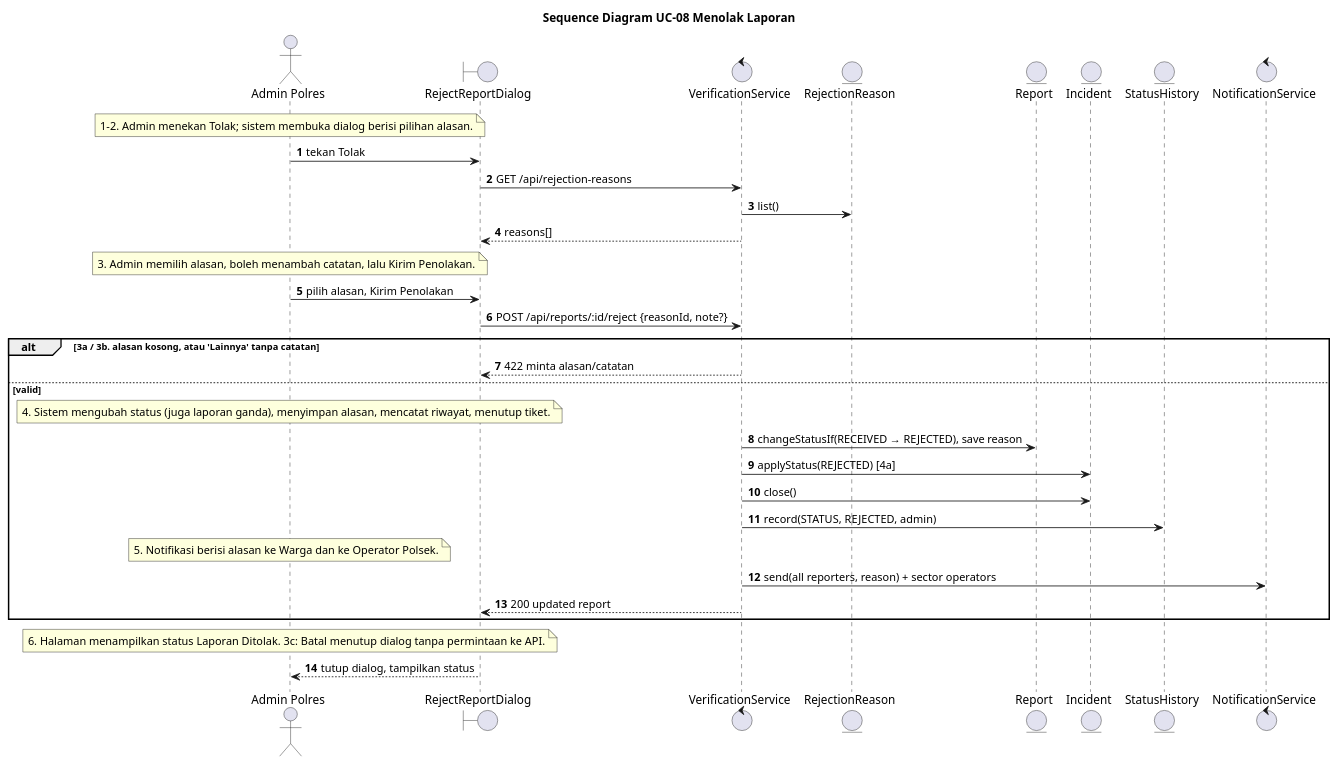
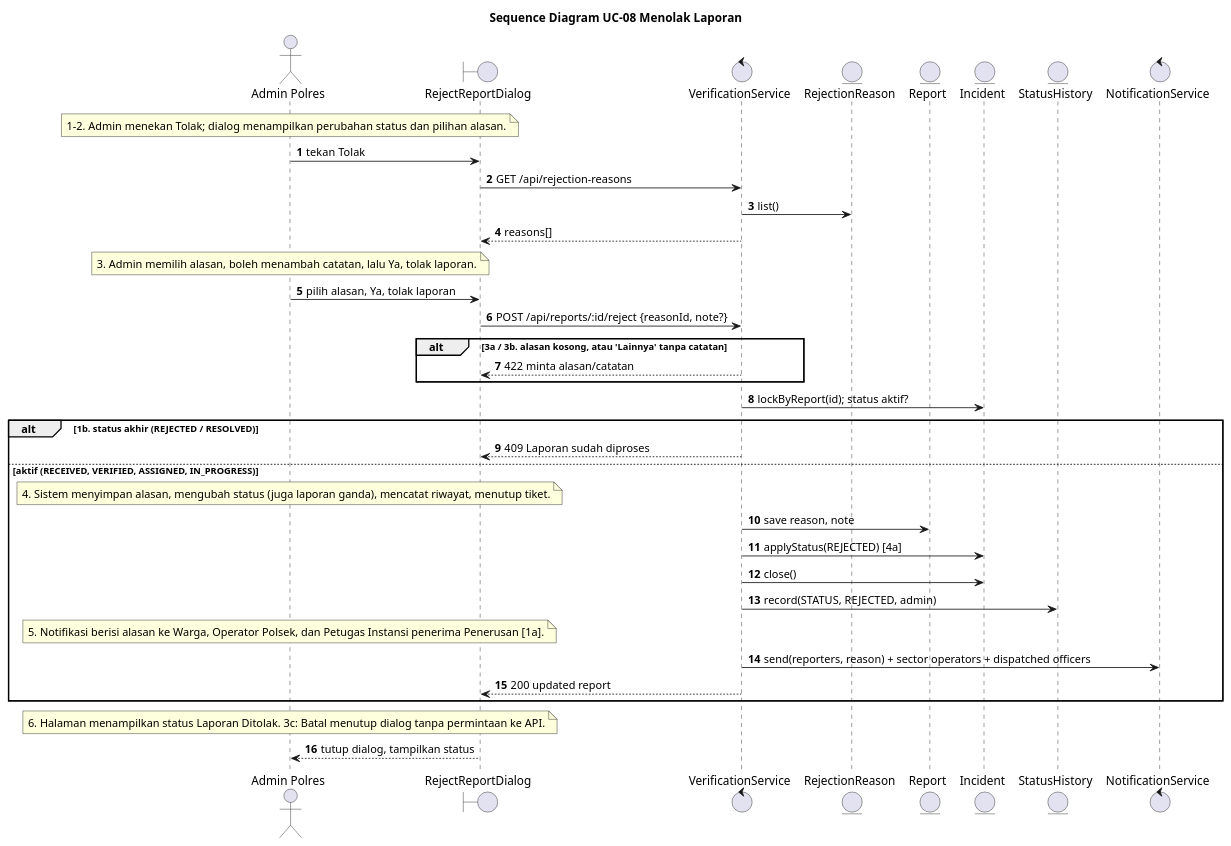
One commit to wirapatigilang/laporapi-api-web changed the diagram in specs/006-uc08-reject-report/iconix/uc08-sequence.puml. Above: the diagram before and after it, drawn with PlantUML. The commit also changed 11 other files, not shown here.

First line of the commit message:
Perbarui diagram robustness dan sequence UC-08 dan UC-12 sesuai masukan dosen

```diff
--- a/specs/006-uc08-reject-report/iconix/uc08-sequence.puml
+++ b/specs/006-uc08-reject-report/iconix/uc08-sequence.puml
@@ -1,34 +1,38 @@
 @startuml
 title Sequence Diagram UC-08 Menolak Laporan
 autonumber
 actor "Admin Polres" as adm
 boundary "RejectReportDialog" as dlg
 control "VerificationService" as ver
 entity "RejectionReason" as als
 entity "Report" as lpr
 entity "Incident" as kjd
 entity "StatusHistory" as rws
 control "NotificationService" as ntf
-note over adm : 1–2. Admin menekan Tolak; sistem membuka dialog berisi pilihan alasan.
+note over adm : 1–2. Admin menekan Tolak; dialog menampilkan perubahan status dan pilihan alasan.
 adm -> dlg : tekan Tolak
 dlg -> ver : GET /api/rejection-reasons
 ver -> als : list()
 ver --> dlg : reasons[]
-note over adm : 3. Admin memilih alasan, boleh menambah catatan, lalu Kirim Penolakan.
-adm -> dlg : pilih alasan, Kirim Penolakan
+note over adm : 3. Admin memilih alasan, boleh menambah catatan, lalu Ya, tolak laporan.
+adm -> dlg : pilih alasan, Ya, tolak laporan
 dlg -> ver : POST /api/reports/:id/reject {reasonId, note?}
 alt 3a / 3b. alasan kosong, atau 'Lainnya' tanpa catatan
 ver --> dlg : 422 minta alasan/catatan
-else valid
-note over adm : 4. Sistem mengubah status (juga laporan ganda), menyimpan alasan, mencatat riwayat, menutup tiket.
-ver -> lpr : changeStatusIf(RECEIVED → REJECTED), save reason
+end
+ver -> kjd : lockByReport(id); status aktif?
+alt 1b. status akhir (REJECTED / RESOLVED)
+ver --> dlg : 409 Laporan sudah diproses
+else aktif (RECEIVED, VERIFIED, ASSIGNED, IN_PROGRESS)
+note over adm : 4. Sistem menyimpan alasan, mengubah status (juga laporan ganda), mencatat riwayat, menutup tiket.
+ver -> lpr : save reason, note
 ver -> kjd : applyStatus(REJECTED) [4a]
 ver -> kjd : close()
 ver -> rws : record(STATUS, REJECTED, admin)
-note over adm : 5. Notifikasi berisi alasan ke Warga dan ke Operator Polsek.
-ver -> ntf : send(all reporters, reason) + sector operators
+note over adm : 5. Notifikasi berisi alasan ke Warga, Operator Polsek, dan Petugas Instansi penerima Penerusan [1a].
+ver -> ntf : send(reporters, reason) + sector operators + dispatched officers
 ver --> dlg : 200 updated report
 end
 note over adm : 6. Halaman menampilkan status Laporan Ditolak. 3c: Batal menutup dialog tanpa permintaan ke API.
 dlg --> adm : tutup dialog, tampilkan status
 @enduml
```
